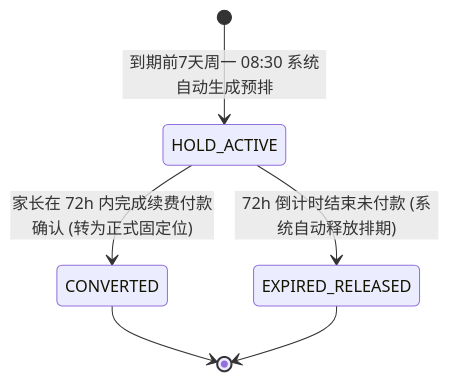
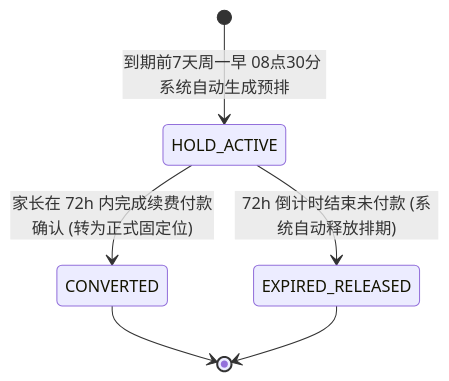
Before and after one commit to Onezao/dream: the diagram in docs/prd/m3a_calendar_grid.md, drawn with Mermaid. The commit also changed 9 other files, not shown here.

Commit message:
docs: decouple schedule fulfillment from financial settlement, fix mermaid charts, and complete m3b state machines

````diff
--- a/docs/prd/m3a_calendar_grid.md
+++ b/docs/prd/m3a_calendar_grid.md
@@ -226,8 +226,8 @@
 ```mermaid
 stateDiagram-v2
-    [*] --> HOLD_ACTIVE: 到期前7天周一 08:30 系统自动生成预排
+    [*] --> HOLD_ACTIVE: 到期前7天周一早 08点30分 系统自动生成预排
     HOLD_ACTIVE --> CONVERTED: 家长在 72h 内完成续费付款确认 (转为正式固定位)
     HOLD_ACTIVE --> EXPIRED_RELEASED: 72h 倒计时结束未付款 (系统自动释放排期)
     CONVERTED --> [*]
     EXPIRED_RELEASED --> [*]
 ```
````
